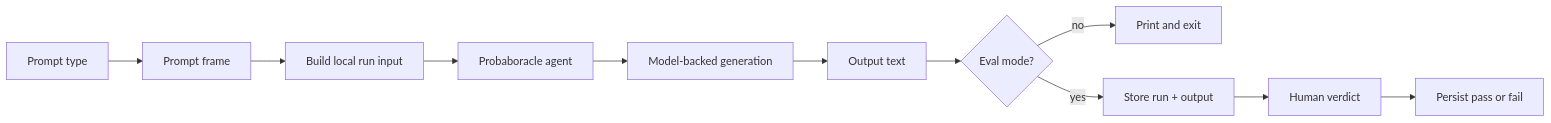
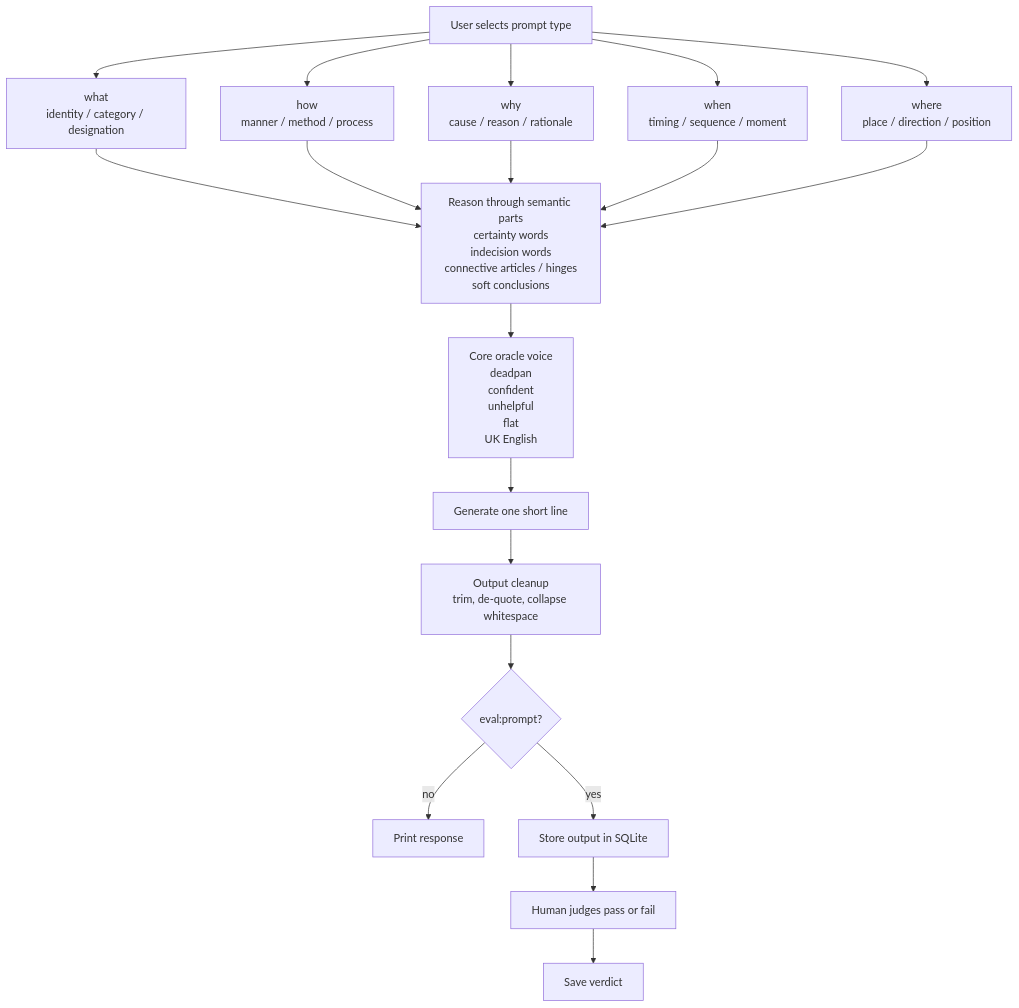
One commit to tryskian/probaboracle changed the diagram in docs/diagrams/PIPELINE.md. Above: the diagram before and after it, drawn with Mermaid. The commit also changed other lines of this file and 13 other files, not shown here.

````diff
--- a/docs/diagrams/PIPELINE.md
+++ b/docs/diagrams/PIPELINE.md
@@ -5,13 +5,27 @@
 ```mermaid
-flowchart LR
-    A["Prompt type"] --> B["Prompt frame"]
-    B --> C["Build local run input"]
-    C --> D["Probaboracle agent"]
-    D --> E["Model-backed generation"]
-    E --> F["Output text"]
-    F --> G{"Eval mode?"}
-    G -->|no| H["Print and exit"]
-    G -->|yes| I["Store run + output"]
-    I --> J["Human verdict"]
-    J --> K["Persist pass or fail"]
+flowchart TD
+    A["User selects prompt type"]
+
+    A --> W["what<br/>identity / category / designation"]
+    A --> H["how<br/>manner / method / process"]
+    A --> Y["why<br/>cause / reason / rationale"]
+    A --> N["when<br/>timing / sequence / moment"]
+    A --> R["where<br/>place / direction / position"]
+
+    W --> B
+    H --> B
+    Y --> B
+    N --> B
+    R --> B
+
+    B["Reason through semantic parts<br/>certainty words<br/>indecision words<br/>connective articles / hinges<br/>soft conclusions"]
+    B --> C["Core oracle voice<br/>deadpan<br/>confident<br/>unhelpful<br/>flat<br/>UK English"]
+    C --> D["Generate one short line"]
+    D --> E["Output cleanup<br/>trim, de-quote, collapse whitespace"]
+
+    E --> G{"eval:prompt?"}
+    G -->|no| P["Print response"]
+    G -->|yes| S["Store output in SQLite"]
+    S --> J["Human judges pass or fail"]
+    J --> K["Save verdict"]
 ```
````
